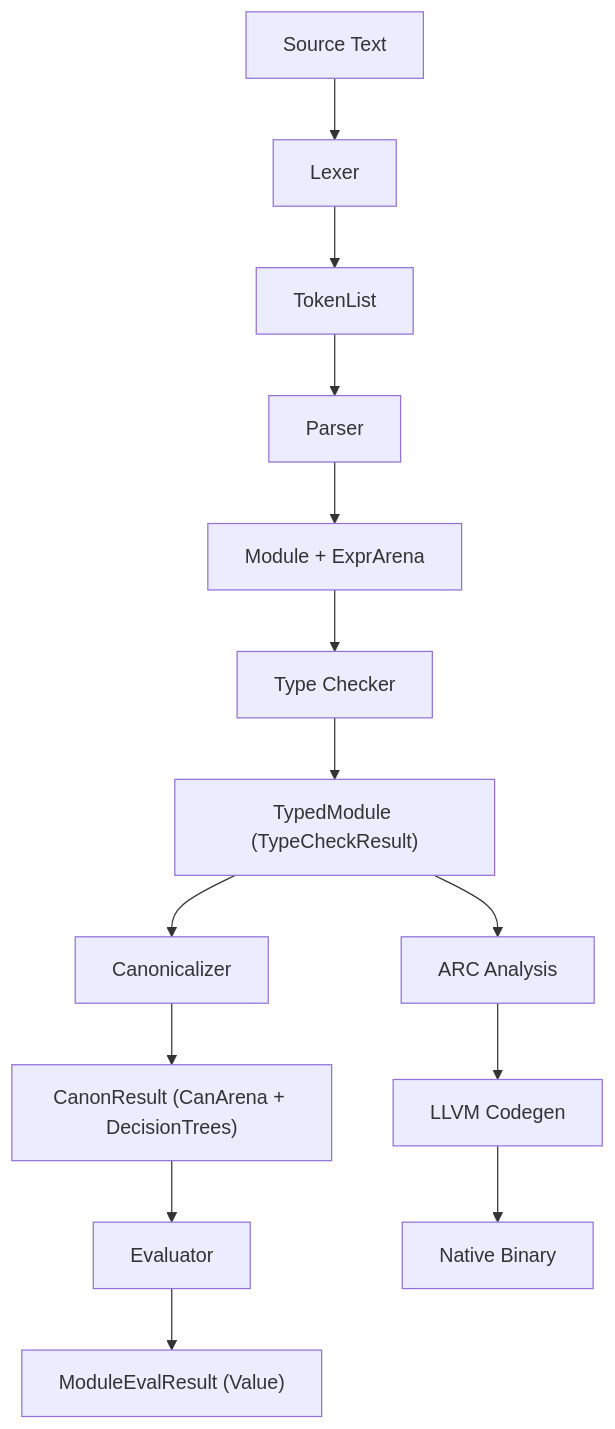
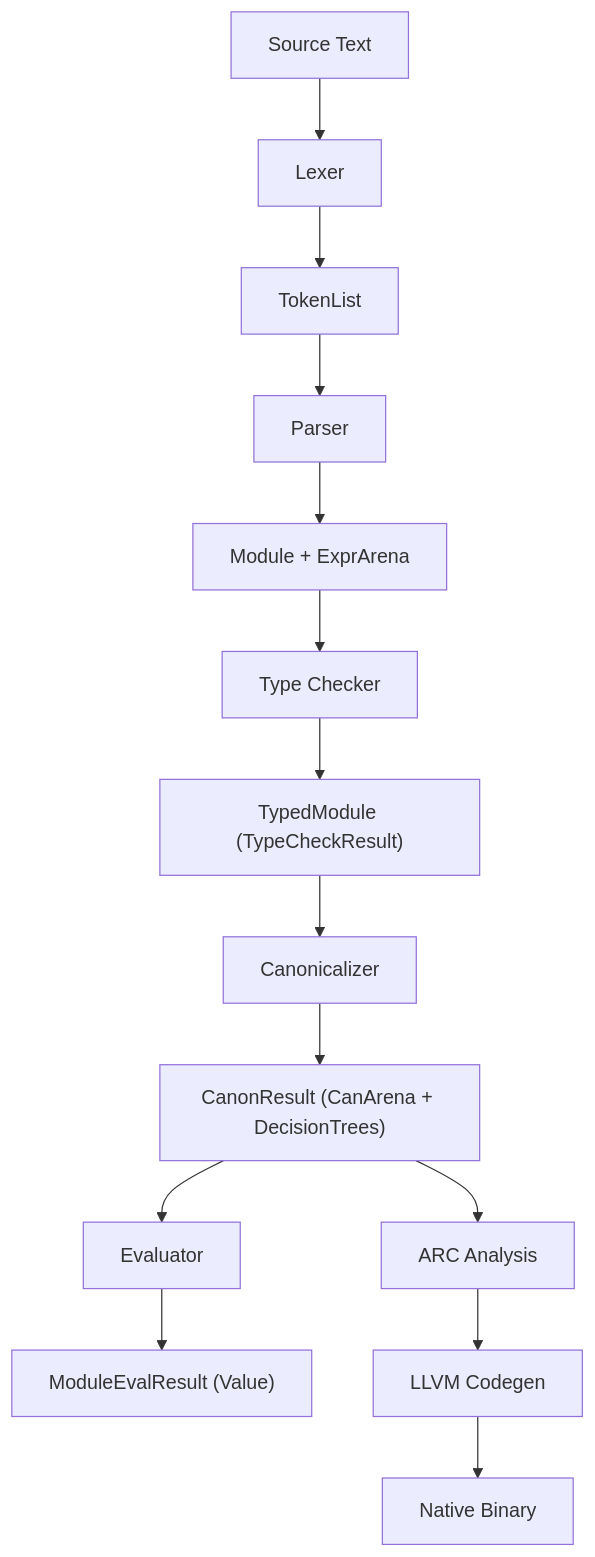
Before and after one commit to upstat-io/ori-lang: the first of 2 diagrams in docs/compiler/design/01-architecture/data-flow.md, drawn with Mermaid. The commit also changed 110 other files, not shown here.

First line of the commit message:
refactor: delete ori_macros + architecture consolidation + ARC pipeline

````diff
--- a/docs/compiler/design/01-architecture/data-flow.md
+++ b/docs/compiler/design/01-architecture/data-flow.md
@@ -14,16 +14,16 @@
 ```mermaid
 flowchart TB
     A["Source Text"] --> B["Lexer"]
     B --> C["TokenList"]
     C --> D["Parser"]
     D --> E["Module + ExprArena"]
     E --> F["Type Checker"]
     F --> G["TypedModule (TypeCheckResult)"]
     G --> H["Canonicalizer"]
     H --> I["CanonResult (CanArena + DecisionTrees)"]
     I --> J["Evaluator"]
     J --> K["ModuleEvalResult (Value)"]
-    G --> L["ARC Analysis"]
+    I --> L["ARC Analysis"]
     L --> M["LLVM Codegen"]
     M --> N["Native Binary"]
 ```
````
